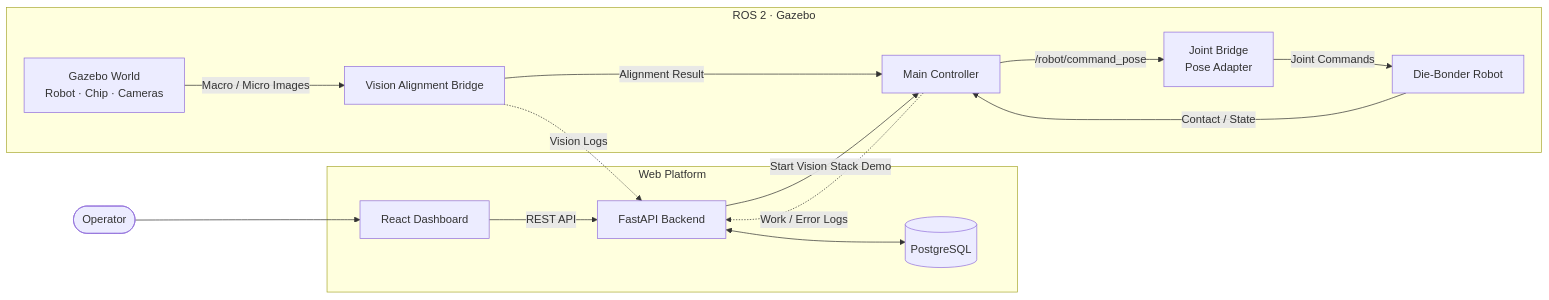
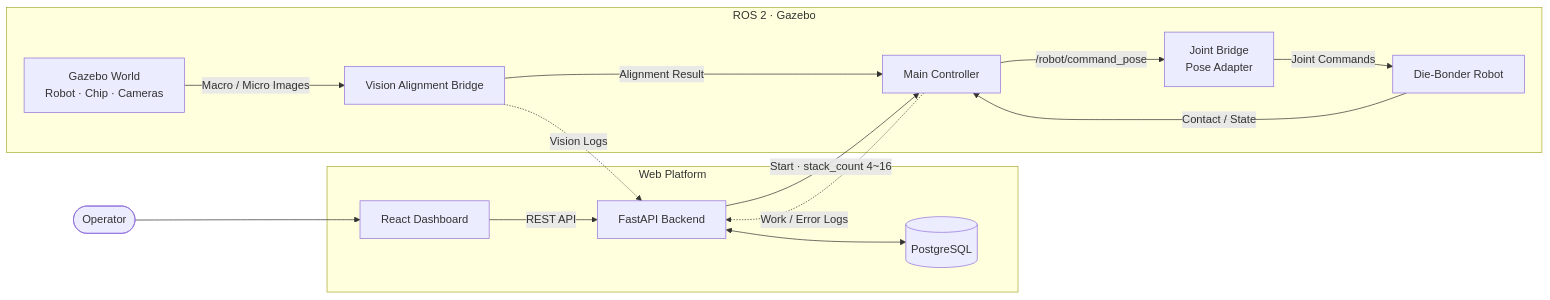
Before and after one commit to Tae-Geon-Kim/INHA-Ros2-Vision-Die-Bonder-Sim: the first of 2 diagrams in README.md, drawn with Mermaid. The commit also changed other lines of this file and 8 other files, not shown here.

````diff
--- a/README.md
+++ b/README.md
@@ -88,27 +88,27 @@
 ```mermaid
 flowchart LR
     USER([Operator]) --> FE[React Dashboard]
 
     subgraph WEB[Web Platform]
         FE -->|REST API| BE[FastAPI Backend]
         BE <--> DB[(PostgreSQL)]
     end
 
     subgraph SIM[ROS 2 · Gazebo]
         GZ[Gazebo World<br/>Robot · Chip · Cameras]
         VB[Vision Alignment Bridge]
         MC[Main Controller]
         JB[Joint Bridge<br/>Pose Adapter]
         ROBOT[Die-Bonder Robot]
 
         GZ -->|Macro / Micro Images| VB
         VB -->|Alignment Result| MC
         MC -->|/robot/command_pose| JB
         JB -->|Joint Commands| ROBOT
         ROBOT -->|Contact / State| MC
     end
 
-    BE -->|Start Vision Stack Demo| MC
+    BE -->|Start · stack_count 4~16| MC
     VB -.->|Vision Logs| BE
     MC -.->|Work / Error Logs| BE
 ```
````
